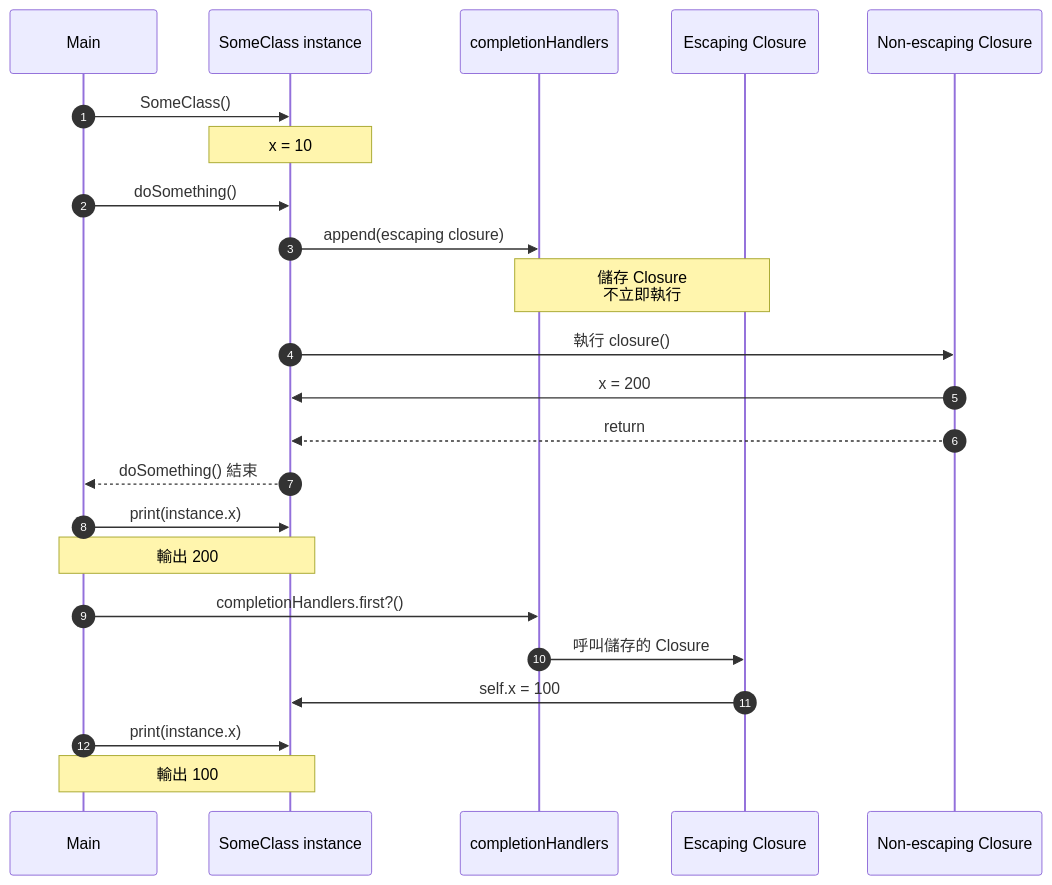
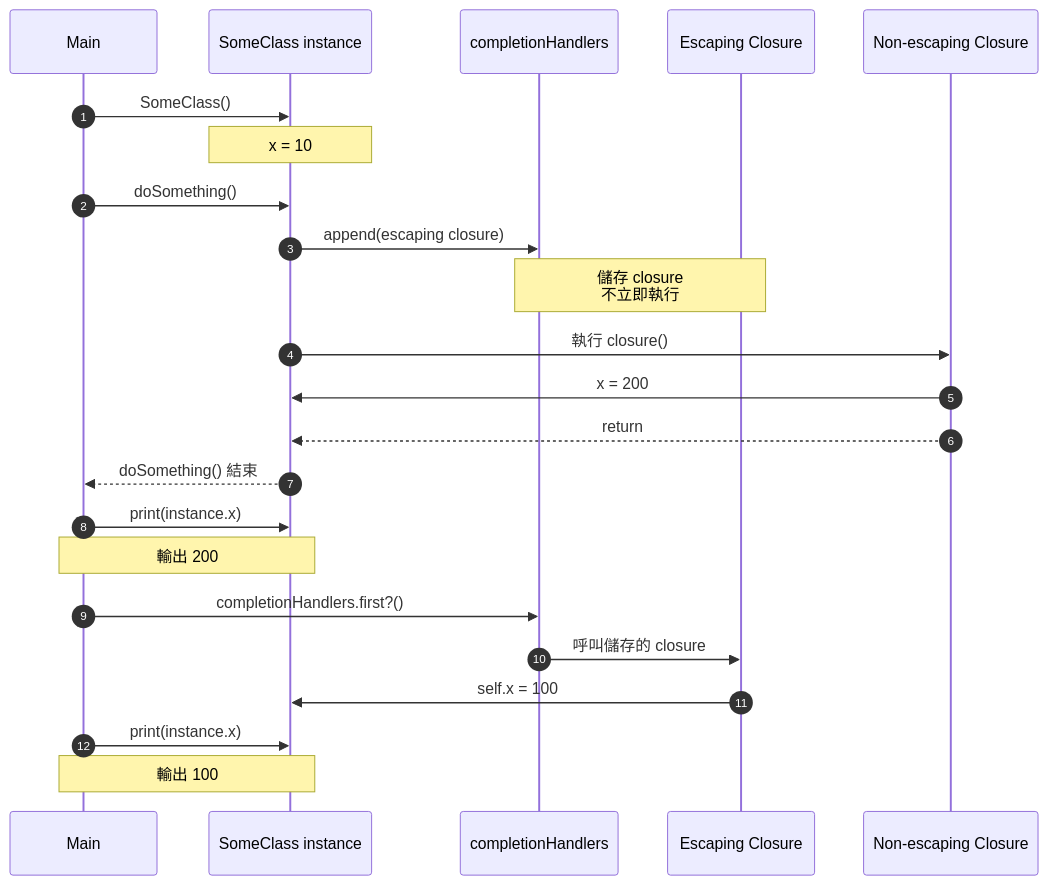
One commit to MiraChuang24/swift-engineering-lab changed the diagram in swift/03-closures-and-capture/README.md. Above: the diagram before and after it, drawn with Mermaid. The commit also changed other lines of this file and 9 other files, not shown here.

````diff
--- a/swift/03-closures-and-capture/README.md
+++ b/swift/03-closures-and-capture/README.md
@@ -83,33 +136,32 @@
 ```mermaid
 
 sequenceDiagram
     autonumber
     participant M as Main
     participant O as SomeClass instance
     participant S as completionHandlers
     participant E as Escaping Closure
     participant N as Non-escaping Closure
 
     M->>O: SomeClass()
     Note over O: x = 10
 
     M->>O: doSomething()
     O->>S: append(escaping closure)
-    Note over S,E: 儲存 Closure<br/>不立即執行
+    Note over S,E: 儲存 closure<br/>不立即執行
 
     O->>N: 執行 closure()
     N->>O: x = 200
     N-->>O: return
     O-->>M: doSomething() 結束
 
     M->>O: print(instance.x)
     Note over M,O: 輸出 200
 
     M->>S: completionHandlers.first?()
-    S->>E: 呼叫儲存的 Closure
+    S->>E: 呼叫儲存的 closure
     E->>O: self.x = 100
 
     M->>O: print(instance.x)
     Note over M,O: 輸出 100
-
 ```
````
